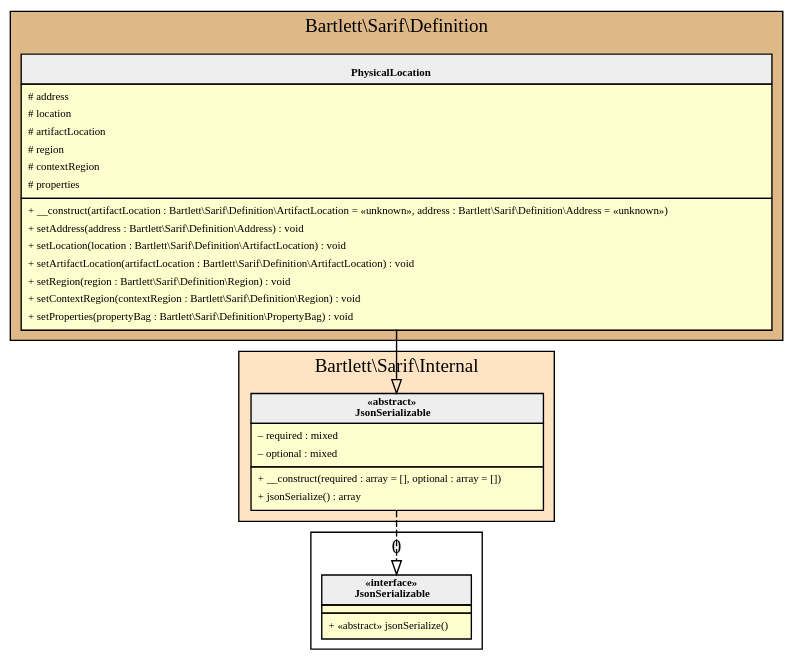
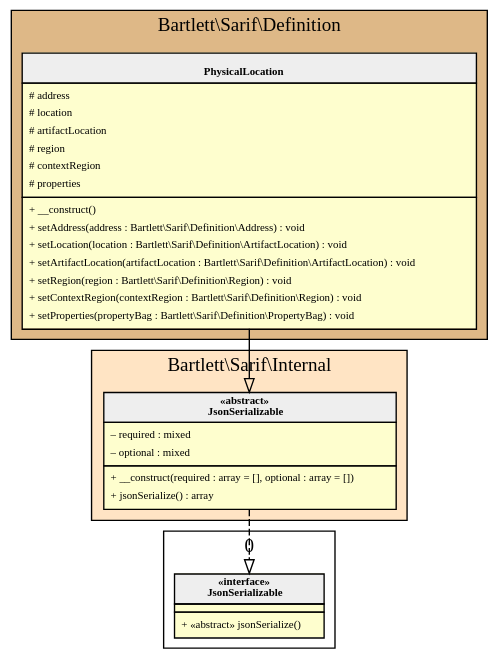
The diagram in 2.0/assets/images/reference-physical-location.html.gv (llaville/sarif-php-sdk), drawn with Graphviz before and after one commit. The commit also changed 113 other files, not shown here.

```diff
--- a/2.0/assets/images/reference-physical-location.html.gv
+++ b/2.0/assets/images/reference-physical-location.html.gv
@@ -1,59 +1,59 @@
 digraph {
   graph [name="G" overlap="false" rankdir="TB" bgcolor="transparent"]
   node [fontname="Verdana" fontsize=8 shape="none" margin=0 fillcolor="#FEFECE" style="filled"]
   edge [fontname="Verdana" fontsize=8]
   subgraph cluster_0 {
     graph [bgcolor="BurlyWood"]
     label = "Bartlett\\Sarif\\Definition"
     "Bartlett\\Sarif\\Definition\\PhysicalLocation" [shape="none" label=<
 <table cellspacing="0" border="0" cellborder="1">
     <tr><td bgcolor="#eeeeee"><b><br/>PhysicalLocation</b></td></tr>
     <tr><td><table border="0" cellspacing="0" cellpadding="2">
     <tr><td align="left"># address</td></tr>
     <tr><td align="left"># location</td></tr>
     <tr><td align="left"># artifactLocation</td></tr>
     <tr><td align="left"># region</td></tr>
     <tr><td align="left"># contextRegion</td></tr>
     <tr><td align="left"># properties</td></tr>
 </table></td></tr>
     <tr><td><table border="0" cellspacing="0" cellpadding="2">
-    <tr><td align="left">+ __construct(artifactLocation : Bartlett\\Sarif\\Definition\\ArtifactLocation = «unknown», address : Bartlett\\Sarif\\Definition\\Address = «unknown»)</td></tr>
+    <tr><td align="left">+ __construct()</td></tr>
     <tr><td align="left">+ setAddress(address : Bartlett\\Sarif\\Definition\\Address) : void</td></tr>
     <tr><td align="left">+ setLocation(location : Bartlett\\Sarif\\Definition\\ArtifactLocation) : void</td></tr>
     <tr><td align="left">+ setArtifactLocation(artifactLocation : Bartlett\\Sarif\\Definition\\ArtifactLocation) : void</td></tr>
     <tr><td align="left">+ setRegion(region : Bartlett\\Sarif\\Definition\\Region) : void</td></tr>
     <tr><td align="left">+ setContextRegion(contextRegion : Bartlett\\Sarif\\Definition\\Region) : void</td></tr>
     <tr><td align="left">+ setProperties(propertyBag : Bartlett\\Sarif\\Definition\\PropertyBag) : void</td></tr>
 </table></td></tr>
 </table>>]
   }
   subgraph cluster_1 {
     graph [bgcolor="Bisque"]
     label = "Bartlett\\Sarif\\Internal"
     "Bartlett\\Sarif\\Internal\\JsonSerializable" [shape="none" label=<
 <table cellspacing="0" border="0" cellborder="1">
     <tr><td bgcolor="#eeeeee"><b>«abstract»<br/>JsonSerializable</b></td></tr>
     <tr><td><table border="0" cellspacing="0" cellpadding="2">
     <tr><td align="left">– required : mixed</td></tr>
     <tr><td align="left">– optional : mixed</td></tr>
 </table></td></tr>
     <tr><td><table border="0" cellspacing="0" cellpadding="2">
     <tr><td align="left">+ __construct(required : array = [], optional : array = [])</td></tr>
     <tr><td align="left">+ jsonSerialize() : array</td></tr>
 </table></td></tr>
 </table>>]
   }
   subgraph cluster_2 {
     label = 0
     "JsonSerializable" [shape="none" label=<
 <table cellspacing="0" border="0" cellborder="1">
     <tr><td bgcolor="#eeeeee"><b>«interface»<br/>JsonSerializable</b></td></tr>
     <tr><td></td></tr>
     <tr><td><table border="0" cellspacing="0" cellpadding="2">
     <tr><td align="left">+ «abstract» jsonSerialize()</td></tr>
 </table></td></tr>
 </table>>]
   }
   "Bartlett\\Sarif\\Internal\\JsonSerializable" -> "JsonSerializable" [arrowhead="empty" style="dashed"]
   "Bartlett\\Sarif\\Definition\\PhysicalLocation" -> "Bartlett\\Sarif\\Internal\\JsonSerializable" [arrowhead="empty" style="filled"]
 }
```
